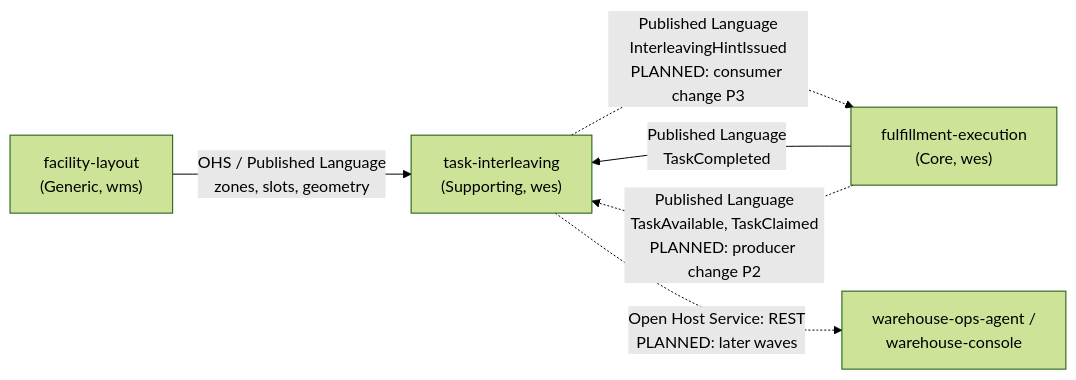
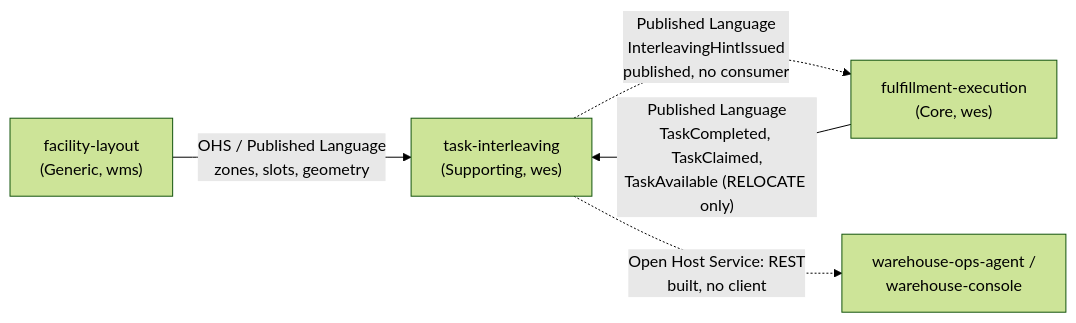
Before and after one commit to IQVO/task-interleaving: the diagram in docs/docs/ddd/context-map.md, drawn with Mermaid (forest theme). The commit also changed other lines of this file and 15 other files, not shown here.

````diff
--- a/docs/docs/ddd/context-map.md
+++ b/docs/docs/ddd/context-map.md
@@ -16,12 +16,11 @@
 ```mermaid
 flowchart LR
     FL["facility-layout<br/>(Generic, wms)"]
     FE["fulfillment-execution<br/>(Core, wes)"]
     TI["task-interleaving<br/>(Supporting, wes)"]
     OA["warehouse-ops-agent /<br/>warehouse-console"]
     FL -- "OHS / Published Language<br/>zones, slots, geometry" --> TI
-    FE -- "Published Language<br/>TaskCompleted" --> TI
-    FE -. "Published Language<br/>TaskAvailable, TaskClaimed<br/>PLANNED: producer change P2" .-> TI
-    TI -. "Published Language<br/>InterleavingHintIssued<br/>PLANNED: consumer change P3" .-> FE
-    TI -. "Open Host Service: REST<br/>PLANNED: later waves" .-> OA
+    FE -- "Published Language<br/>TaskCompleted, TaskClaimed,<br/>TaskAvailable (RELOCATE only)" --> TI
+    TI -. "Published Language<br/>InterleavingHintIssued<br/>published, no consumer" .-> FE
+    TI -. "Open Host Service: REST<br/>built, no client" .-> OA
 ```
````
